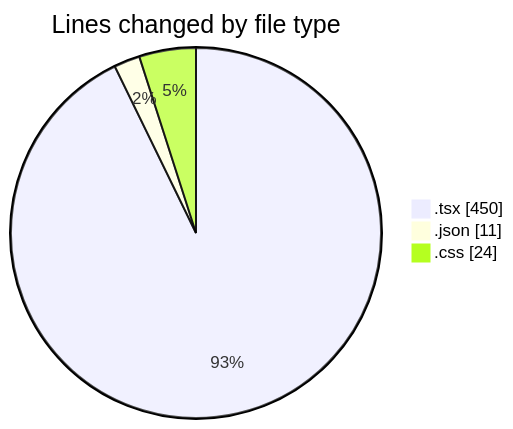
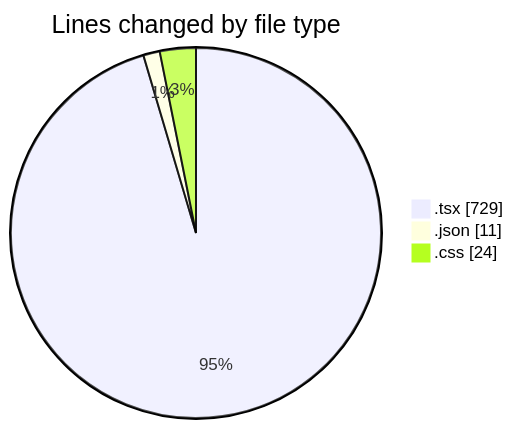
The first of 2 diagrams in 2025-05-05/niten/README.md (Elitesun/code-tracking), drawn with Mermaid before and after one commit. The commit also changed other lines of this file and 1 other file, not shown here.

````diff
--- a/2025-05-05/niten/README.md
+++ b/2025-05-05/niten/README.md
@@ -30,7 +31,7 @@
 ```mermaid
 pie showData
 title Lines changed by file type
-".tsx" : 450
+".tsx" : 729
 ".json" : 11
 ".css" : 24
 ```
````
